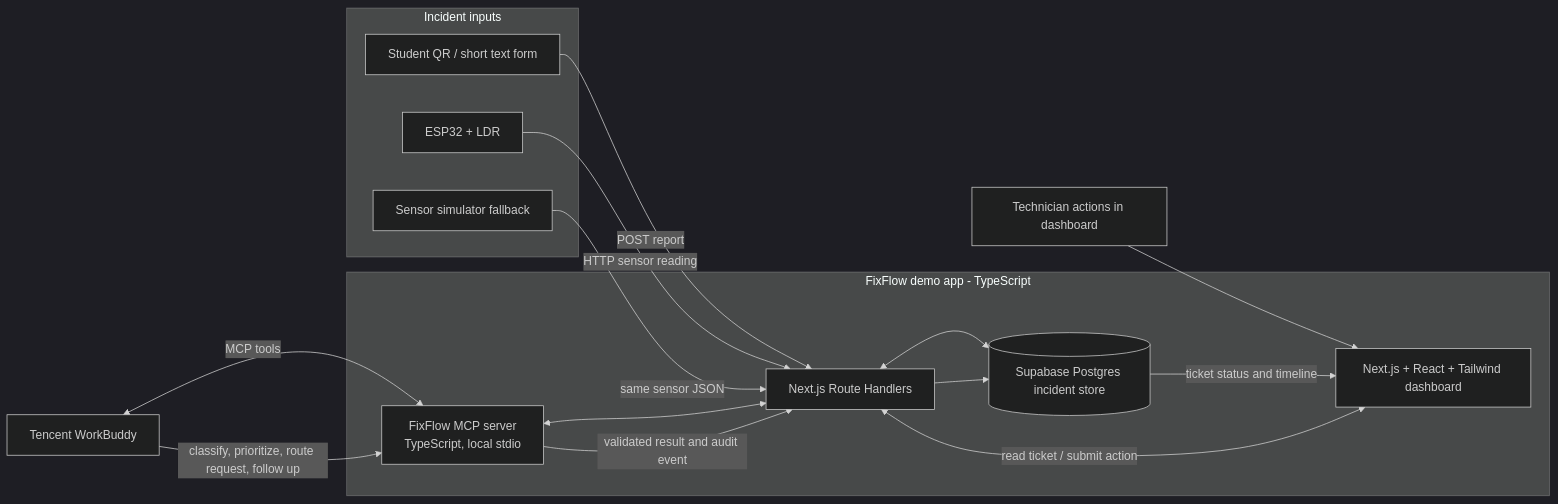
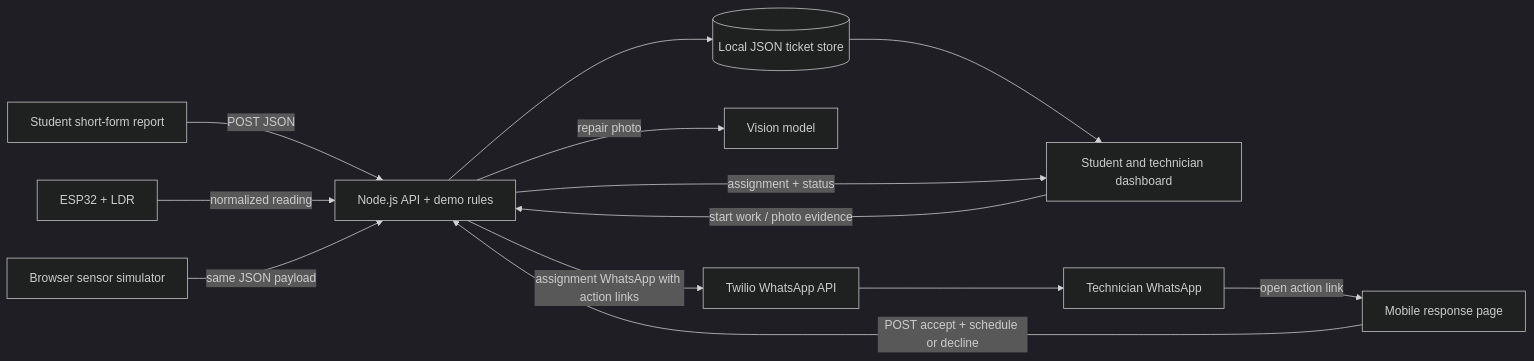
Before and after one commit to joeming1/67-scuba: the diagram in docs/THREE_ENGINEER_WORKFLOW.md, drawn with Mermaid (dark theme). The commit also changed other lines of this file and 11 other files, not shown here.

Commit message:
Add FixFlow maintenance demo workflow

````diff
--- a/docs/THREE_ENGINEER_WORKFLOW.md
+++ b/docs/THREE_ENGINEER_WORKFLOW.md
@@ -11,31 +11,15 @@
 ```mermaid
 flowchart LR
-    subgraph Inputs[Incident inputs]
-        Student[Student QR / short text form]
-        LDR[ESP32 + LDR]
-        Sim[Sensor simulator fallback]
-    end
-
-    subgraph App[FixFlow demo app - TypeScript]
-        Web[Next.js + React + Tailwind dashboard]
-        API[Next.js Route Handlers]
-        DB[(Supabase Postgres incident store)]
-        MCP[FixFlow MCP server<br/>TypeScript, local stdio]
-    end
-
-    WB[Tencent WorkBuddy]
-    Tech[Technician actions in dashboard]
-
-    Student -->|POST report| API
-    LDR -->|HTTP sensor reading| API
-    Sim -->|same sensor JSON| API
-    Web <-->|read ticket / submit action| API
-    API <--> DB
-    WB <-->|MCP tools| MCP
-    MCP <--> API
-    Tech --> Web
-    WB -->|classify, prioritize, route request, follow up| MCP
-    MCP -->|validated result and audit event| API
-    API --> DB
-    DB -->|ticket status and timeline| Web
+    Student[Student short-form report] -->|POST JSON| API[Node.js API + demo rules]
+    LDR[ESP32 + LDR] -->|normalized reading| API
+    Sim[Browser sensor simulator] -->|same JSON payload| API
+    API --> Store[(Local JSON ticket store)]
+    Store --> UI[Student and technician dashboard]
+    API -->|assignment + status| UI
+    UI -->|start work / photo evidence| API
+    API -->|repair photo| AI[Vision model]
+    API -->|assignment WhatsApp with action links| Twilio[Twilio WhatsApp API]
+    Twilio --> Phone[Technician WhatsApp]
+    Phone -->|open action link| Action[Mobile response page]
+    Action -->|POST accept + schedule or decline| API
 ```
````
